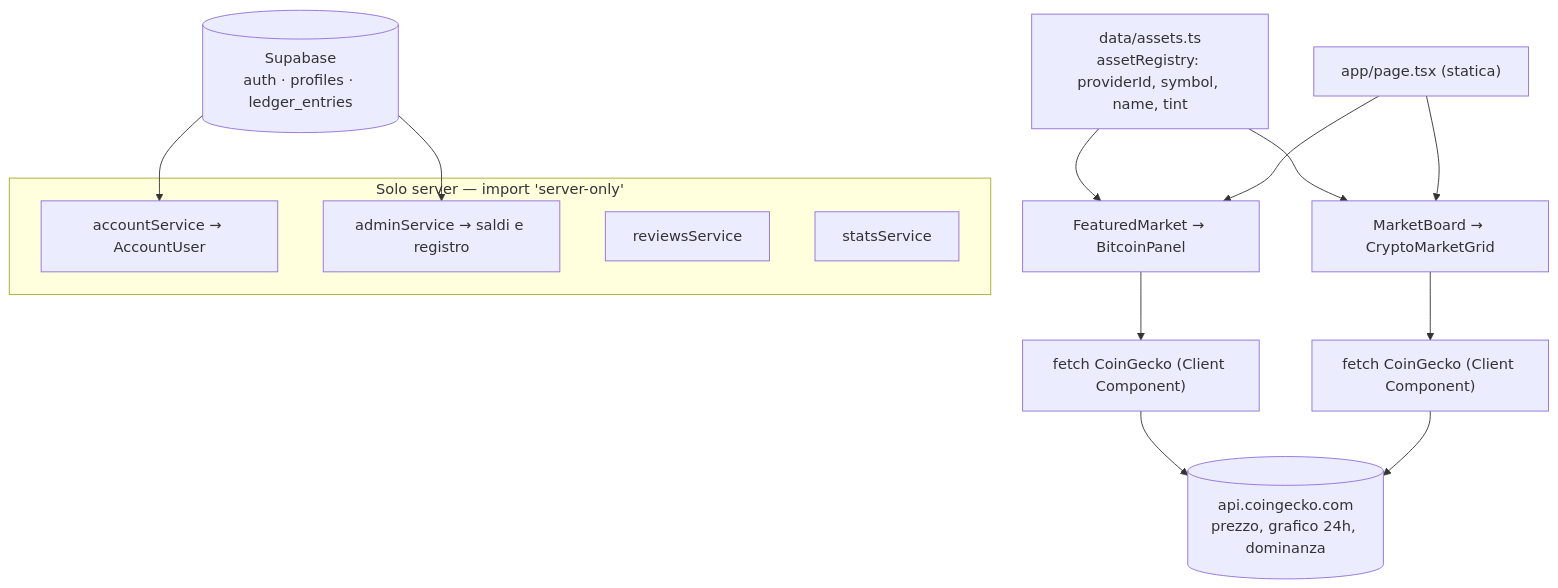
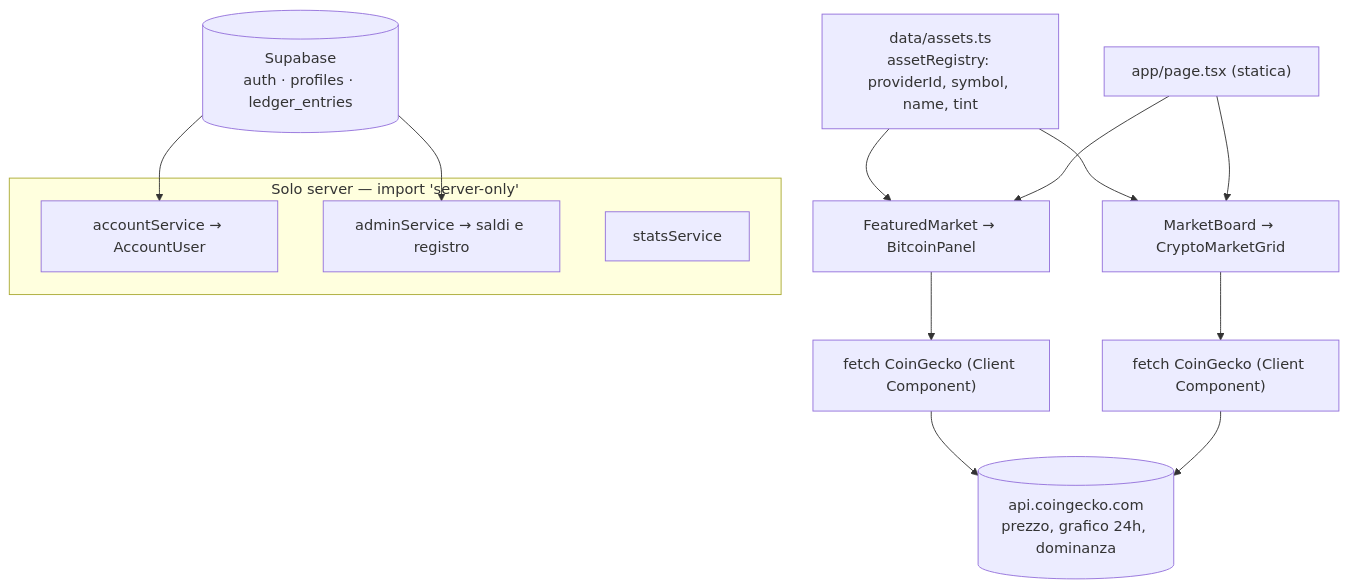
Before and after one commit to ccr21125-jpg/cr1: the first of 5 diagrams in README.md, drawn with Mermaid. The commit also changed other lines of this file and 10 other files, not shown here.

````diff
--- a/README.md
+++ b/README.md
@@ -37,21 +37,20 @@
 ```mermaid
 flowchart TD
     REG["data/assets.ts<br/>assetRegistry: providerId, symbol, name, tint"]
     REG --> FM["FeaturedMarket → BitcoinPanel"]
     REG --> MB["MarketBoard → CryptoMarketGrid"]
     FM --> CG1["fetch CoinGecko (Client Component)"]
     MB --> CG2["fetch CoinGecko (Client Component)"]
     CG1 --> API[("api.coingecko.com<br/>prezzo, grafico 24h, dominanza")]
     CG2 --> API
     PAGE["app/page.tsx (statica)"] --> FM
     PAGE --> MB
 
     subgraph Server["Solo server — import 'server-only'"]
         ACC["accountService → AccountUser"]
         ADM["adminService → saldi e registro"]
-        REV["reviewsService"]
         STA["statsService"]
     end
     SB[("Supabase<br/>auth · profiles · ledger_entries")] --> ACC
     SB --> ADM
 ```
````
